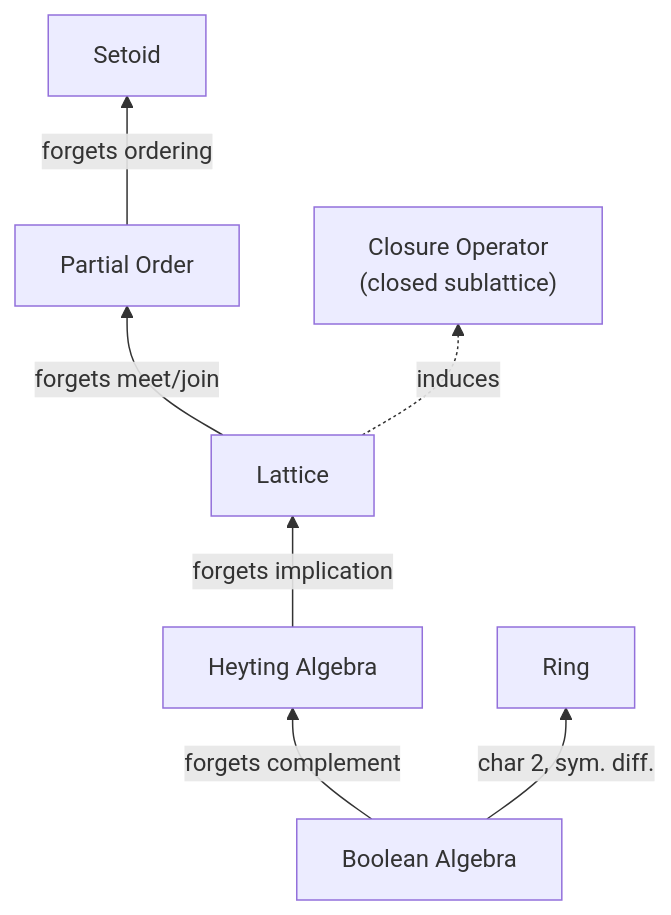
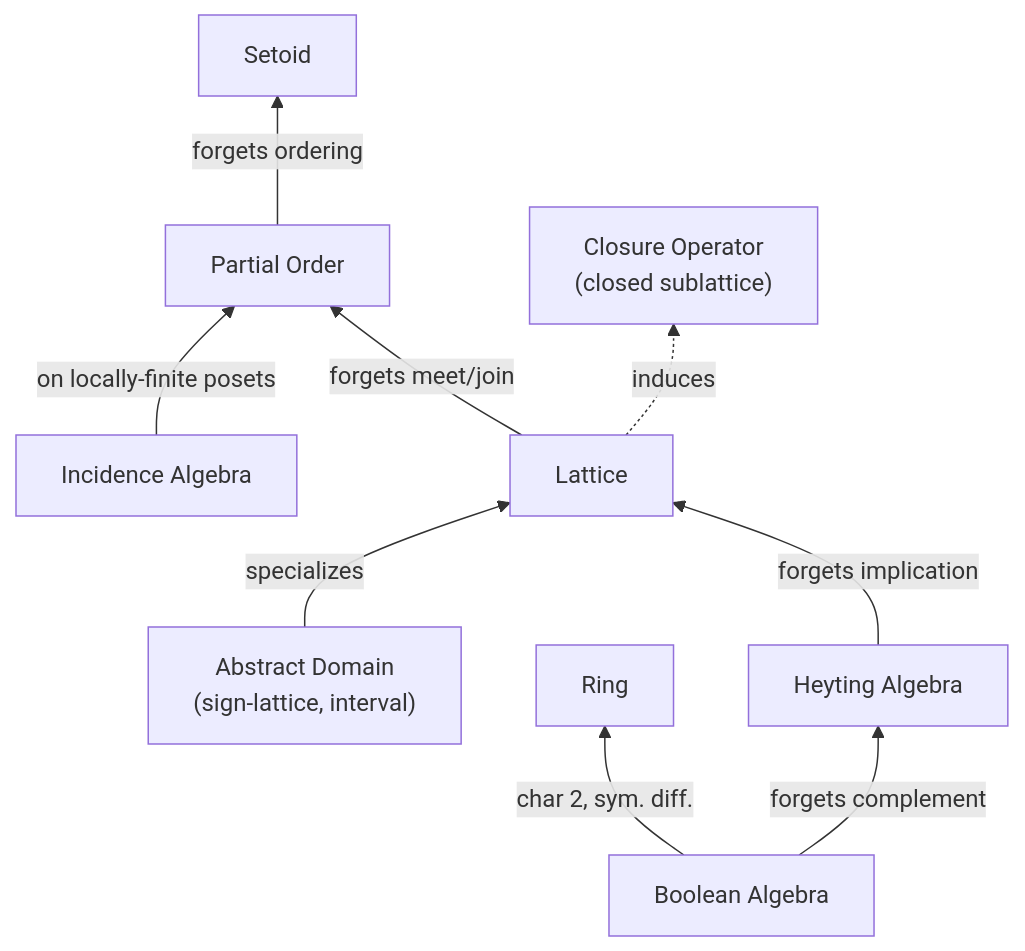
Before and after one commit to aalpar/wile: the first of 4 diagrams in docs/algebra/overview.md, drawn with Mermaid. The commit also changed other lines of this file and 10 other files, not shown here.

````diff
--- a/docs/algebra/overview.md
+++ b/docs/algebra/overview.md
@@ -61,9 +61,11 @@
 ```mermaid
 graph BT
     PO["Partial Order"] -->|"forgets ordering"| Setoid
     Lat[Lattice] -->|"forgets meet/join"| PO
     Hey["Heyting Algebra"] -->|"forgets implication"| Lat
     Bool["Boolean Algebra"] -->|"forgets complement"| Hey
     Bool -->|"char 2, sym. diff."| Ring
     Lat -.->|"induces"| CO["Closure Operator<br>(closed sublattice)"]
+    AD["Abstract Domain<br>(sign-lattice, interval)"] -->|"specializes"| Lat
+    Inc["Incidence Algebra"] -->|"on locally-finite posets"| PO
 ```
````
